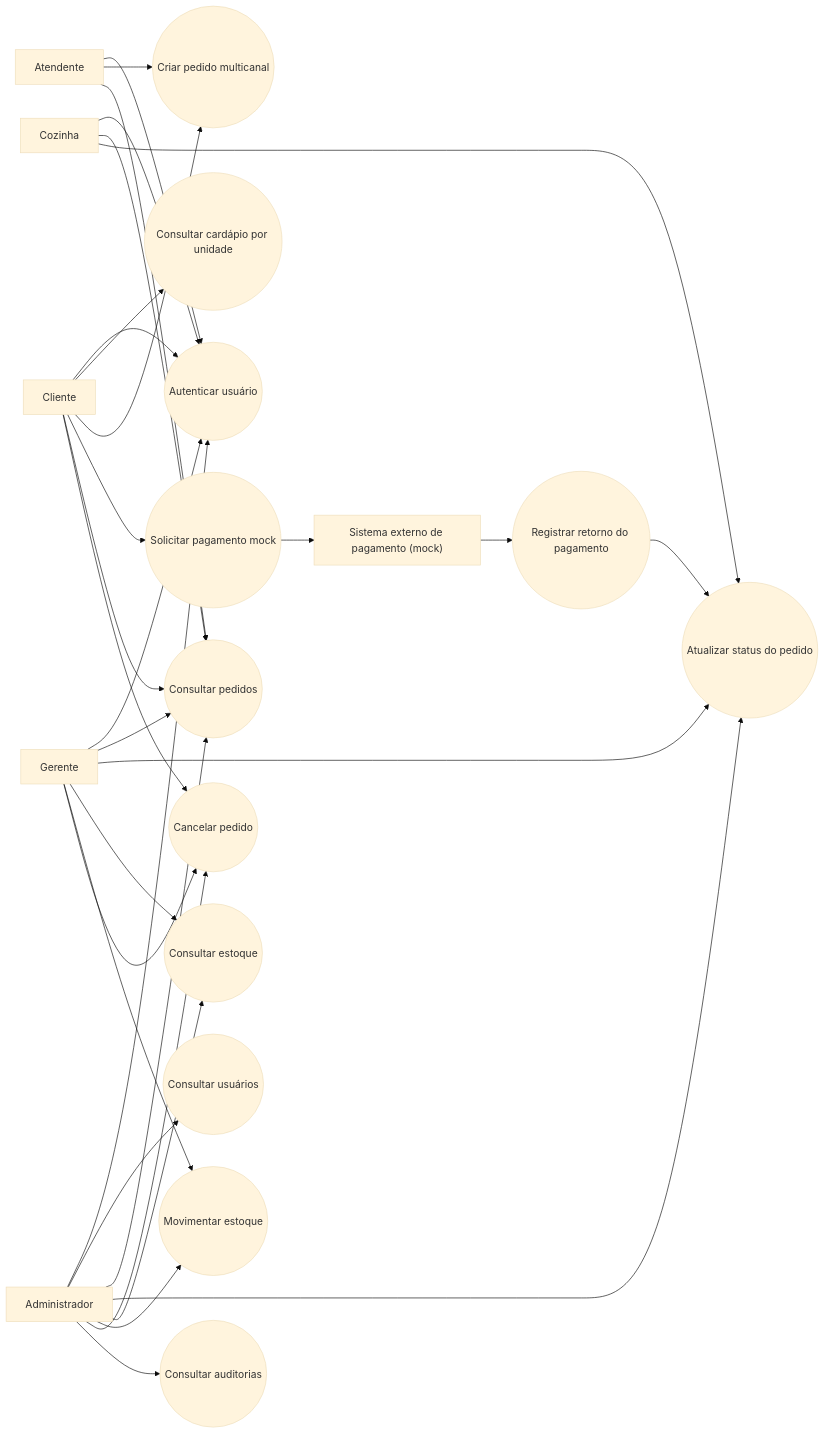
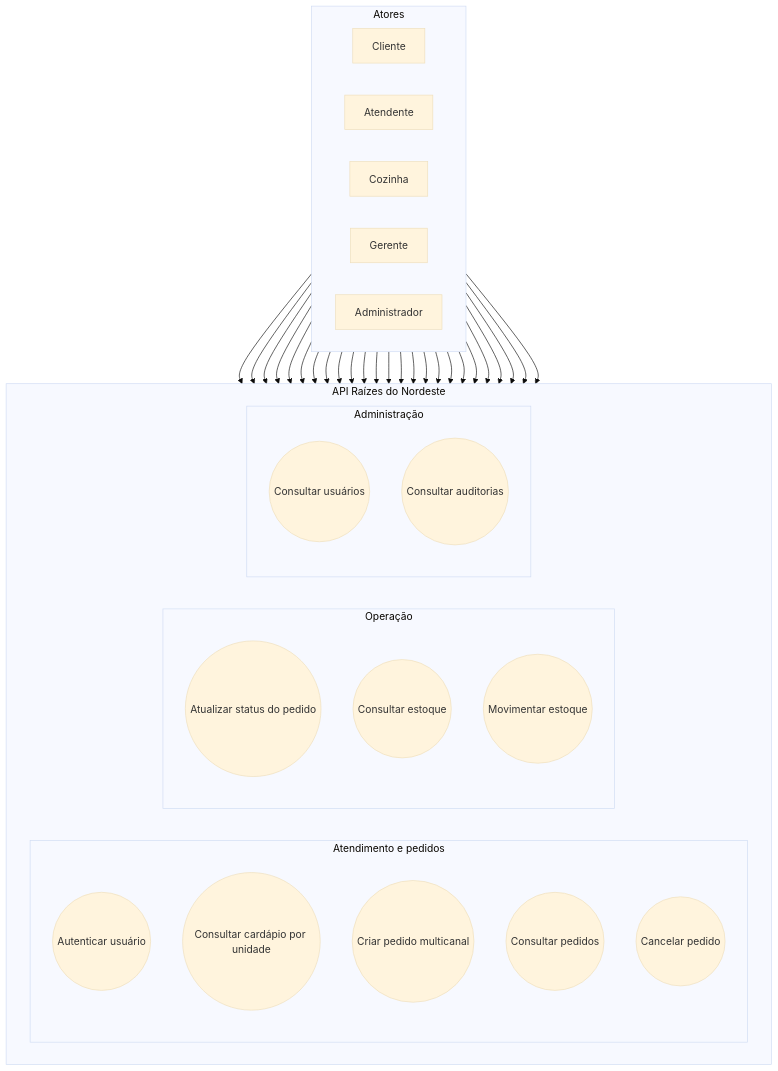
Before and after one commit to dev-leonunes/raizes-do-nordeste-api: the first of 2 diagrams in docs/diagramas-casos-de-uso.md, drawn with Mermaid (base theme). The commit also changed other lines of this file and 1 other file, not shown here.

Commit message:
docs(diagramas): reorganiza casos de uso do backend
- separa casos de uso principais do fluxo de pagamento mock
- remove enums do diagrama de classes para simplificar a visão de domínio

````diff
--- a/docs/diagramas-casos-de-uso.md
+++ b/docs/diagramas-casos-de-uso.md
@@ -3,57 +5,67 @@
 ```mermaid
-flowchart LR
-  Cliente["Cliente"]
-  Atendente["Atendente"]
-  Cozinha["Cozinha"]
-  Gerente["Gerente"]
-  Admin["Administrador"]
-  Gateway["Sistema externo de pagamento (mock)"]
+flowchart TB
+  subgraph Atores["Atores"]
+    direction LR
+    Cliente["Cliente"]
+    Atendente["Atendente"]
+    Cozinha["Cozinha"]
+    Gerente["Gerente"]
+    Admin["Administrador"]
+  end
 
-  Login(("Autenticar usuário"))
-  Cardapio(("Consultar cardápio por unidade"))
-  CriarPedido(("Criar pedido multicanal"))
-  SolicitarPagamento(("Solicitar pagamento mock"))
-  RegistrarRetornoPagamento(("Registrar retorno do pagamento"))
-  ConsultarPedido(("Consultar pedidos"))
-  AtualizarStatus(("Atualizar status do pedido"))
-  CancelarPedido(("Cancelar pedido"))
-  ConsultarEstoque(("Consultar estoque"))
-  MovimentarEstoque(("Movimentar estoque"))
-  ConsultarUsuarios(("Consultar usuários"))
-  ConsultarAuditoria(("Consultar auditorias"))
+  subgraph Sistema["API Raízes do Nordeste"]
+    direction LR
+
+    subgraph Publico["Atendimento e pedidos"]
+      direction TB
+      Login(("Autenticar usuário"))
+      Cardapio(("Consultar cardápio por unidade"))
+      CriarPedido(("Criar pedido multicanal"))
+      ConsultarPedido(("Consultar pedidos"))
+      CancelarPedido(("Cancelar pedido"))
+    end
+
+    subgraph Operacao["Operação"]
+      direction TB
+      AtualizarStatus(("Atualizar status do pedido"))
+      ConsultarEstoque(("Consultar estoque"))
+      MovimentarEstoque(("Movimentar estoque"))
+    end
+
+    subgraph Administracao["Administração"]
+      direction TB
+      ConsultarUsuarios(("Consultar usuários"))
+      ConsultarAuditoria(("Consultar auditorias"))
+    end
+  end
 
   Cliente --> Login
   Cliente --> Cardapio
   Cliente --> CriarPedido
-  Cliente --> SolicitarPagamento
   Cliente --> ConsultarPedido
   Cliente --> CancelarPedido
 
   Atendente --> Login
   Atendente --> CriarPedido
   Atendente --> ConsultarPedido
 
   Cozinha --> Login
   Cozinha --> ConsultarPedido
   Cozinha --> AtualizarStatus
 
   Gerente --> Login
   Gerente --> ConsultarPedido
   Gerente --> AtualizarStatus
   Gerente --> ConsultarEstoque
   Gerente --> MovimentarEstoque
   Gerente --> CancelarPedido
 
   Admin --> Login
   Admin --> ConsultarUsuarios
   Admin --> ConsultarPedido
   Admin --> AtualizarStatus
   Admin --> ConsultarEstoque
   Admin --> MovimentarEstoque
   Admin --> CancelarPedido
   Admin --> ConsultarAuditoria
-
-  SolicitarPagamento --> Gateway
-  Gateway --> RegistrarRetornoPagamento
-  RegistrarRetornoPagamento --> AtualizarStatus
 ```
````
